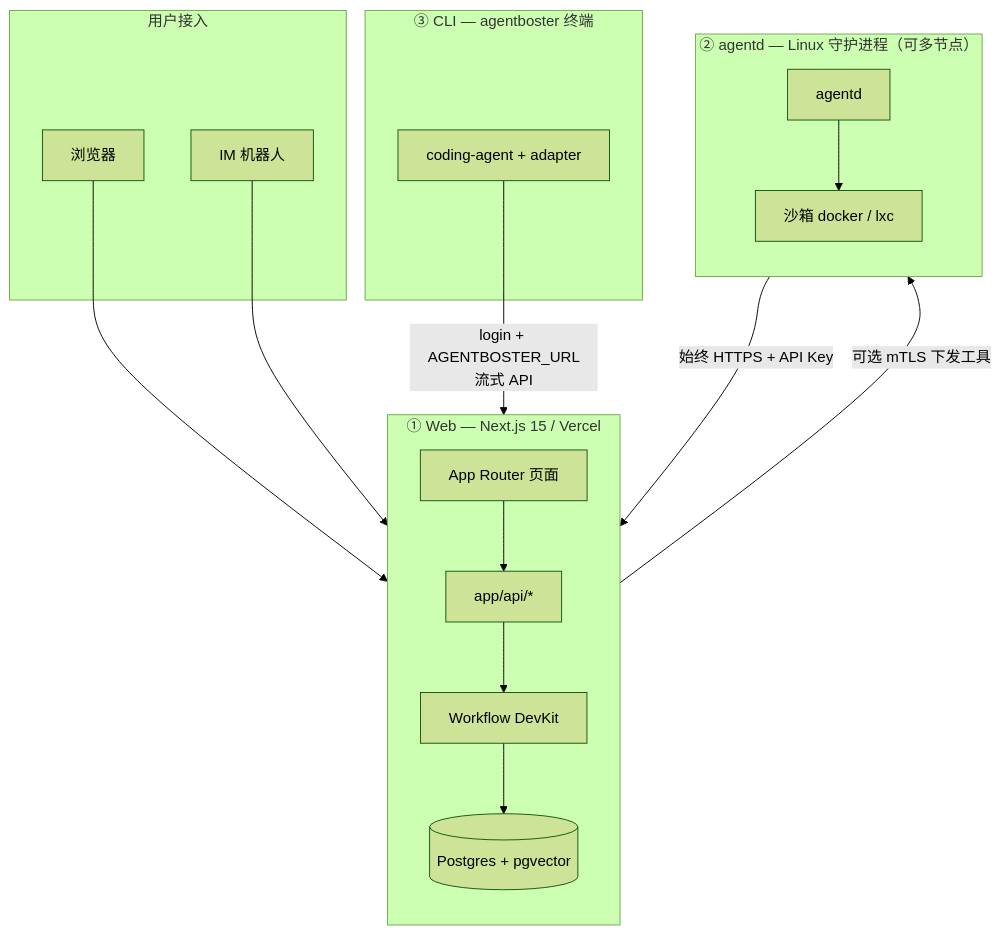
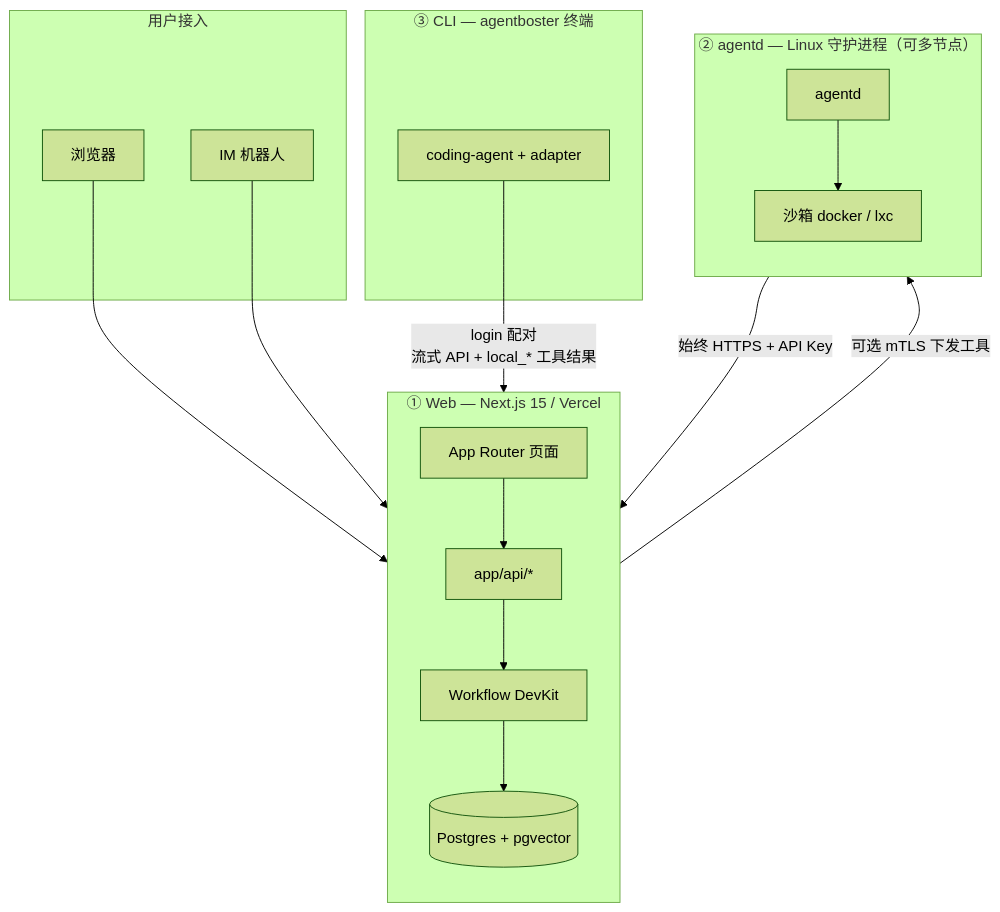
Before and after one commit to NekoSekaiMoe/agentboster: the first of 4 diagrams in README.md, drawn with Mermaid (forest theme). The commit also changed other lines of this file and 4 other files, not shown here.

````diff
--- a/README.md
+++ b/README.md
@@ -33,34 +33,34 @@
 ```mermaid
 flowchart TB
   subgraph tier1["① Web — Next.js 15 / Vercel"]
     direction TB
     UI["App Router 页面"]
     API["app/api/*"]
     WF["Workflow DevKit"]
     DB[("Postgres + pgvector")]
     UI --> API --> WF --> DB
   end
 
   subgraph tier2["② agentd — Linux 守护进程（可多节点）"]
     direction TB
     AD["agentd"]
     SB["沙箱 docker / lxc"]
     AD --> SB
   end
 
   subgraph tier3["③ CLI — agentboster 终端"]
     CLI["coding-agent + adapter"]
   end
 
   subgraph clients["用户接入"]
     Browser["浏览器"]
     IM["IM 机器人"]
   end
 
   Browser --> UI
   IM --> API
-  CLI -->|"login + AGENTBOSTER_URL\n流式 API"| API
+  CLI -->|"login 配对\n流式 API + local_* 工具结果"| API
 
   AD -->|"始终 HTTPS + API Key"| API
   API -->|"可选 mTLS 下发工具"| AD
 ```
````
